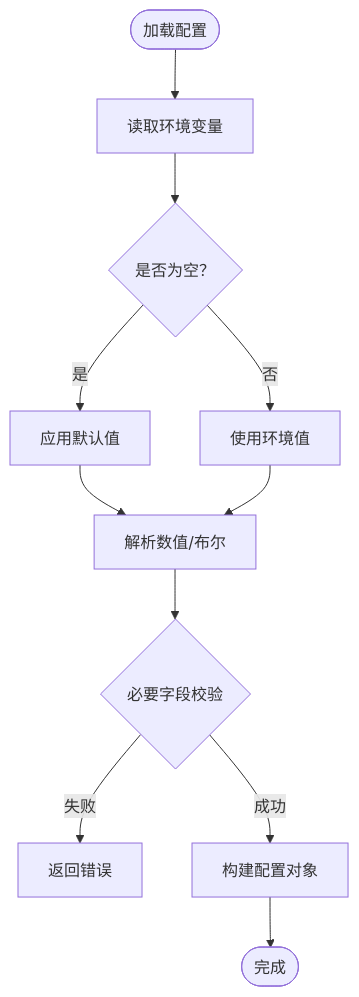
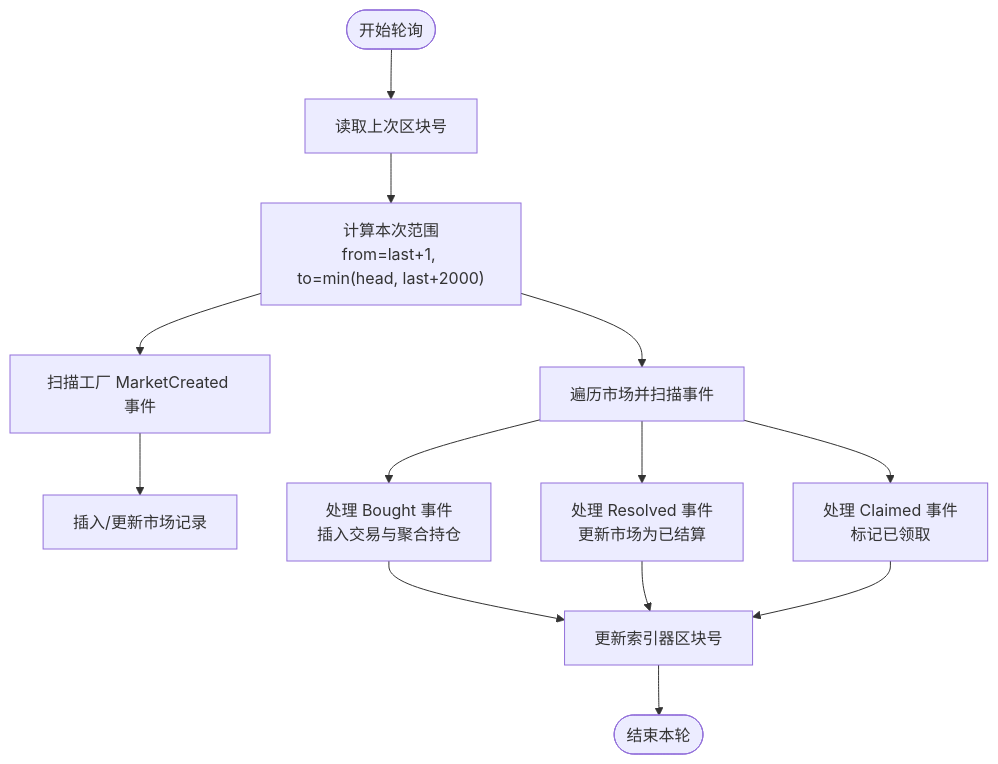
Before and after one commit to SimonHofman/PredictionDIDSimple: the third of 5 diagrams in backend/.qoder/repowiki/zh/content/项目概述.md, drawn with Mermaid. The commit also changed other lines of this file and 162 other files, not shown here.

````diff
--- a/backend/.qoder/repowiki/zh/content/项目概述.md
+++ b/backend/.qoder/repowiki/zh/content/项目概述.md
@@ -188,13 +237,15 @@
 ```mermaid
 flowchart TD
-Start(["加载配置"]) --> Env["读取环境变量"]
-Env --> Defaults{"是否为空？"}
-Defaults --> |是| Fallback["应用默认值"]
-Defaults --> |否| UseEnv["使用环境值"]
-Fallback --> Parse["解析数值/布尔"]
-UseEnv --> Parse
-Parse --> Validate{"必要字段校验"}
-Validate --> |失败| Err["返回错误"]
-Validate --> |成功| Build["构建配置对象"]
-Build --> End(["完成"])
+Start(["开始轮询"]) --> GetLast["读取上次区块号"]
+GetLast --> CalcRange["计算本次范围<br/>from=last+1, to=min(head, last+2000)"]
+CalcRange --> ScanFactory["扫描工厂 MarketCreated 事件"]
+ScanFactory --> InsertMarkets["插入/更新市场记录"]
+CalcRange --> ScanMarkets["遍历市场并扫描事件"]
+ScanMarkets --> HandleBuy["处理 Bought 事件<br/>插入交易与聚合持仓"]
+ScanMarkets --> HandleRes["处理 Resolved 事件<br/>更新市场为已结算"]
+ScanMarkets --> HandleCli["处理 Claimed 事件<br/>标记已领取"]
+HandleBuy --> UpdateState["更新索引器区块号"]
+HandleRes --> UpdateState
+HandleCli --> UpdateState
+UpdateState --> End(["结束本轮"])
 ```
````
